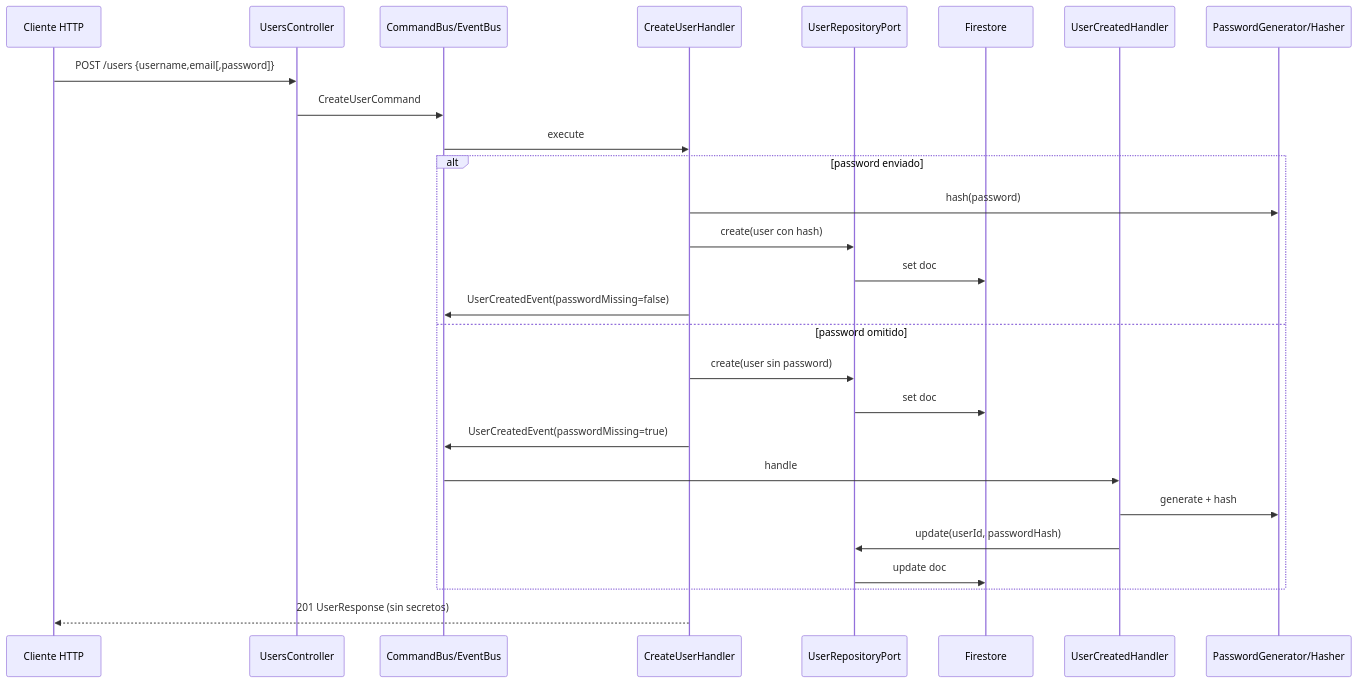
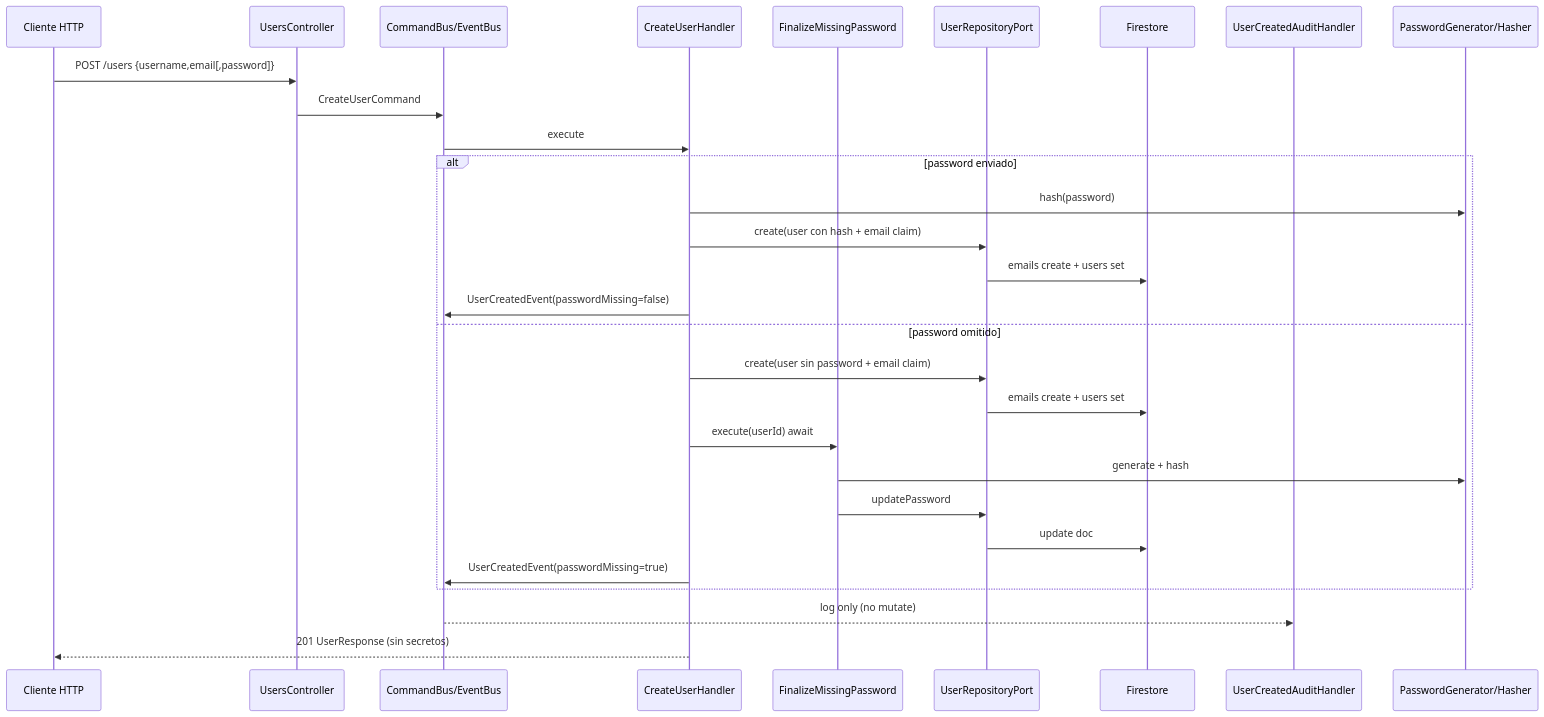
One commit to AndresED/reto-geekscastle changed the diagram in docs/requirements/reto.md. Above: the diagram before and after it, drawn with Mermaid. The commit also changed other lines of this file and 31 other files, not shown here.

First line of the commit message:
feat(users): align event narrative and harden email uniqueness

````diff
--- a/docs/requirements/reto.md
+++ b/docs/requirements/reto.md
@@ -506,30 +506,32 @@
 ```mermaid
 sequenceDiagram
   participant C as Cliente HTTP
   participant Ctrl as UsersController
   participant Bus as CommandBus/EventBus
   participant CH as CreateUserHandler
+  participant Fin as FinalizeMissingPassword
   participant Repo as UserRepositoryPort
   participant FS as Firestore
-  participant EH as UserCreatedHandler
+  participant Audit as UserCreatedAuditHandler
   participant Gen as PasswordGenerator/Hasher
 
   C->>Ctrl: POST /users {username,email[,password]}
   Ctrl->>Bus: CreateUserCommand
   Bus->>CH: execute
   alt password enviado
     CH->>Gen: hash(password)
-    CH->>Repo: create(user con hash)
-    Repo->>FS: set doc
+    CH->>Repo: create(user con hash + email claim)
+    Repo->>FS: emails create + users set
     CH->>Bus: UserCreatedEvent(passwordMissing=false)
   else password omitido
-    CH->>Repo: create(user sin password)
-    Repo->>FS: set doc
+    CH->>Repo: create(user sin password + email claim)
+    Repo->>FS: emails create + users set
+    CH->>Fin: execute(userId) await
+    Fin->>Gen: generate + hash
+    Fin->>Repo: updatePassword
+    Repo->>FS: update doc
     CH->>Bus: UserCreatedEvent(passwordMissing=true)
-    Bus->>EH: handle
-    EH->>Gen: generate + hash
-    EH->>Repo: update(userId, passwordHash)
-    Repo->>FS: update doc
   end
+  Bus-->>Audit: log only (no mutate)
   CH-->>C: 201 UserResponse (sin secretos)
 ```
````
